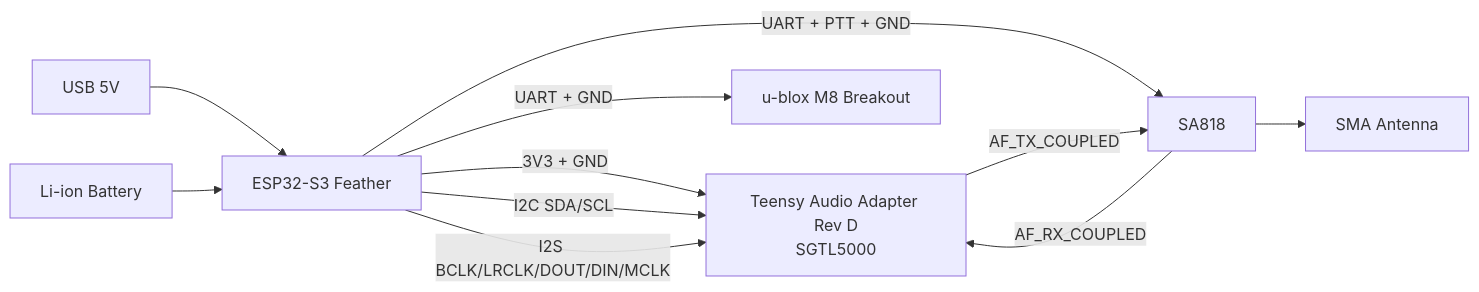
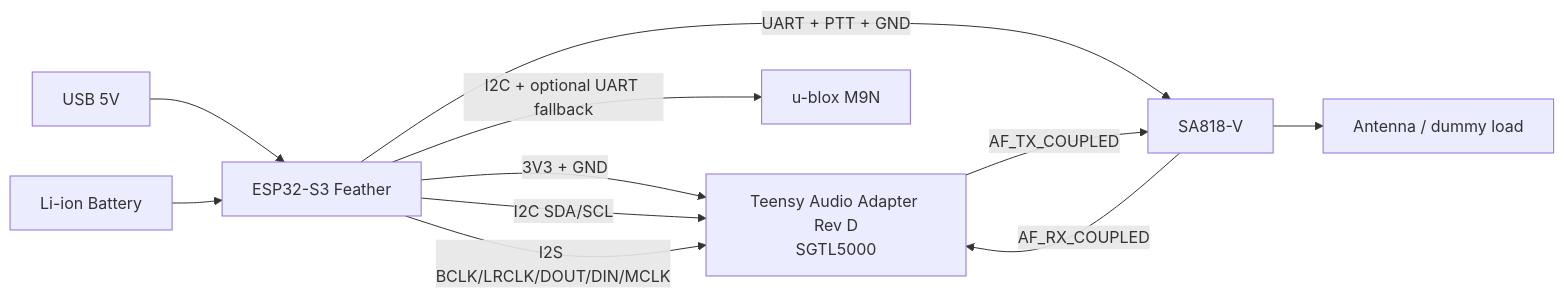
The diagram in hardware/prototype_breakout_wiring_plan.md (ayaghini/PAKT), drawn with Mermaid before and after one commit. The commit also changed other lines of this file and 17 other files, not shown here.

````diff
--- a/hardware/prototype_breakout_wiring_plan.md
+++ b/hardware/prototype_breakout_wiring_plan.md
@@ -31,18 +32,16 @@
 ```mermaid
 flowchart LR
-    USB5V[USB 5V] --> FEATHER[ESP32-S3 Feather]
-    BAT[Li-ion Battery] --> FEATHER
+    USB5V["USB 5V"] --> FEATHER["ESP32-S3 Feather"]
+    BAT["Li-ion Battery"] --> FEATHER
 
-    FEATHER -->|3V3 + GND| AUDIO[Teensy Audio Adapter Rev D\nSGTL5000]
-    FEATHER -->|UART + PTT + GND| SA[SA818]
-    FEATHER -->|UART + GND| GPS[u-blox M8 Breakout]
+    FEATHER -->|3V3 + GND| AUDIO["Teensy Audio Adapter Rev D\nSGTL5000"]
+    FEATHER -->|UART + PTT + GND| SA["SA818-V"]
+    FEATHER -->|I2C + optional UART fallback| GPS["u-blox M9N"]
 
     FEATHER -->|I2C SDA/SCL| AUDIO
-
     FEATHER -->|I2S BCLK/LRCLK/DOUT/DIN/MCLK| AUDIO
 
     AUDIO -->|AF_TX_COUPLED| SA
     SA -->|AF_RX_COUPLED| AUDIO
-
-    SA --> ANT[SMA Antenna]
+    SA --> ANT["Antenna / dummy load"]
 ```
````
